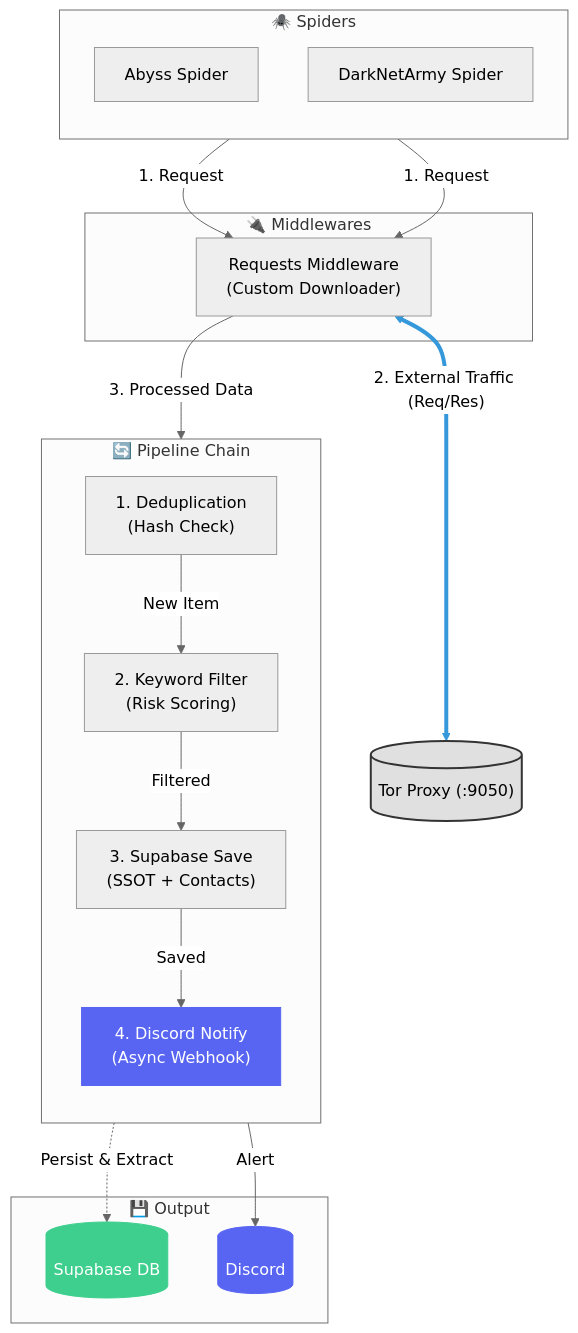
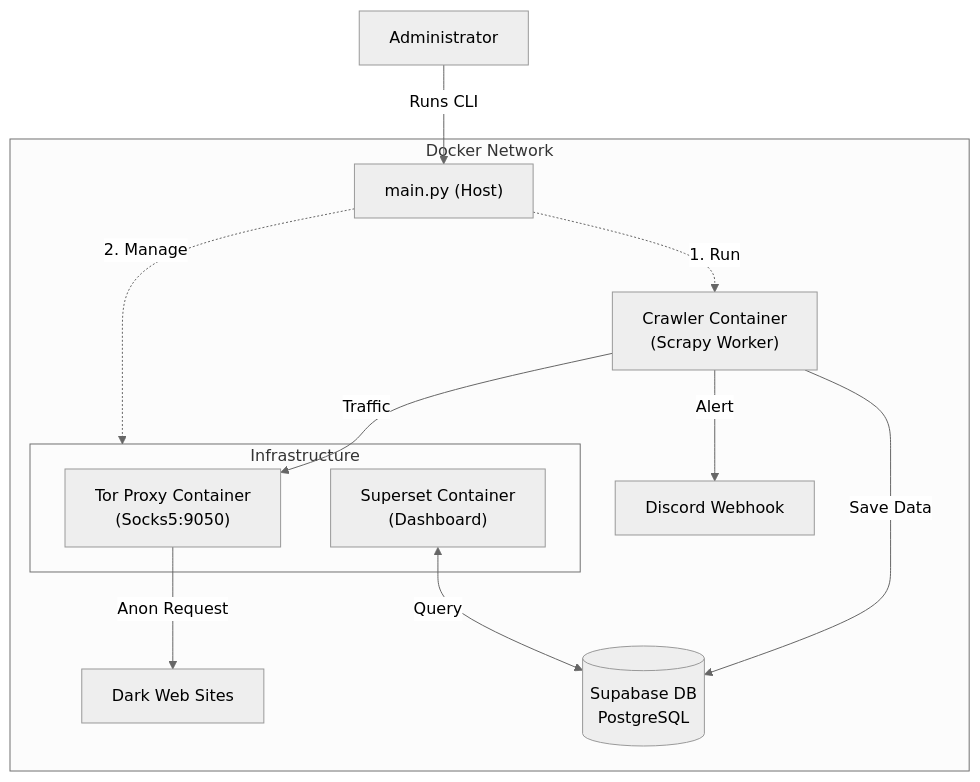
One commit to Tri-Best-3/darkweb_crawler_main changed the diagram in README.md. Above: the diagram before and after it, drawn with Mermaid (neutral theme). The commit also changed other lines of this file and 31 other files, not shown here.

````diff
--- a/README.md
+++ b/README.md
@@ -53,48 +57,22 @@
 ```mermaid
-flowchart TD
-    %% Nodes
-    Tor[("Tor Proxy (:9050)")]
+graph TD
+    User["Administrator"] -->|Runs CLI| CLI["main.py (Host)"]
+
+    subgraph Docker_Network ["Docker Network"]
+        CLI -.->|1. Run| Crawler["Crawler Container<br>(Scrapy Worker)"]
+        CLI -.->|2. Manage| Infra
+        
+        subgraph Infra ["Infrastructure"]
+            Tor["Tor Proxy Container<br>(Socks5:9050)"]
+            Superset["Superset Container<br>(Dashboard)"]
+        end
+        
+        Crawler -->|Traffic| Tor
+        Tor -->|Anon Request| DarkWeb["Dark Web Sites"]
+        
+        Crawler -->|Save Data| Supabase[("Supabase DB<br>PostgreSQL")]
+        Crawler -->|Alert| Discord["Discord Webhook"]
+    end
     
-    subgraph Spiders ["🕷️ Spiders"]
-        direction TB
-        Abyss[Abyss Spider]
-        DNA[DarkNetArmy Spider]
-    end
-
-    subgraph Middlewares ["🔌 Middlewares"]
-        ReqMW["Requests Middleware<br/>(Custom Downloader)"]
-    end
-
-    subgraph Pipelines ["🔄 Pipeline Chain"]
-        direction TB
-        Dedup["1. Deduplication<br/>(Hash Check)"]
-        Kwd["2. Keyword Filter<br/>(Risk Scoring)"]
-        Supa["3. Supabase Save<br/>(SSOT + Contacts)"]
-        Noti["4. Discord Notify<br/>(Async Webhook)"]
-    end
-
-    subgraph Output ["💾 Output"]
-        Supabase[("Supabase DB")]
-        Discord[("Discord")]
-    end
-
-    Abyss & DNA --> |1. Request| ReqMW
-
-    ReqMW <==> |"2. External Traffic (Req/Res)"| Tor
-    
-    ReqMW --> |3. Processed Data| Dedup
-    
-    Dedup --> |New Item| Kwd
-    Kwd --> |Filtered| Supa
-    Supa -.-> |"Persist & Extract"| Supabase
-    Supa --> |Saved| Noti
-    
-    Noti -- "Alert" --> Discord
-
-    %% Styling
-    style Tor fill:#e0e0e0,stroke:#333,stroke-width:2px
-    style Noti fill:#5865F2,stroke:#5865F2,color:#fff
-    style Discord fill:#5865F2,stroke:#5865F2,color:#fff
-    style Supabase fill:#3ecf8e,stroke:#3ecf8e,color:#fff
-    linkStyle 2 stroke:#3498db,stroke-width:4px
+    Superset <-->|Query| Supabase
 ```
````
